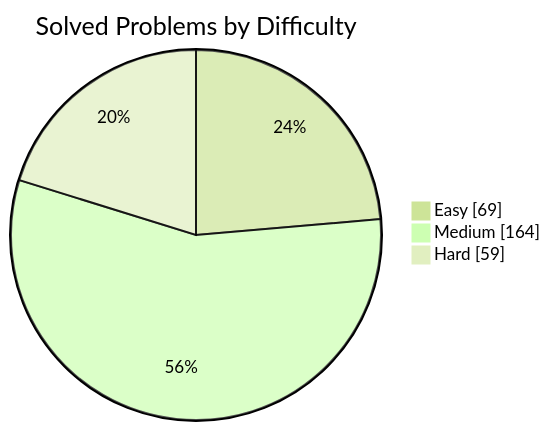
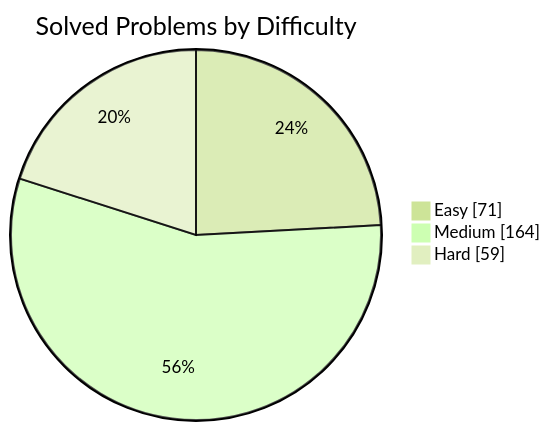
The first of 2 diagrams in README.md (manikantbindass/DSA-Preparation-FAANG), drawn with Mermaid (forest theme) before and after one commit. The commit also changed other lines of this file and 1 other file, not shown here.

````diff
--- a/README.md
+++ b/README.md
@@ -77,7 +77,7 @@
 ```mermaid
 pie showData
     title Solved Problems by Difficulty
-    "Easy" : 69
+    "Easy" : 71
     "Medium" : 164
     "Hard" : 59
 ```
````
